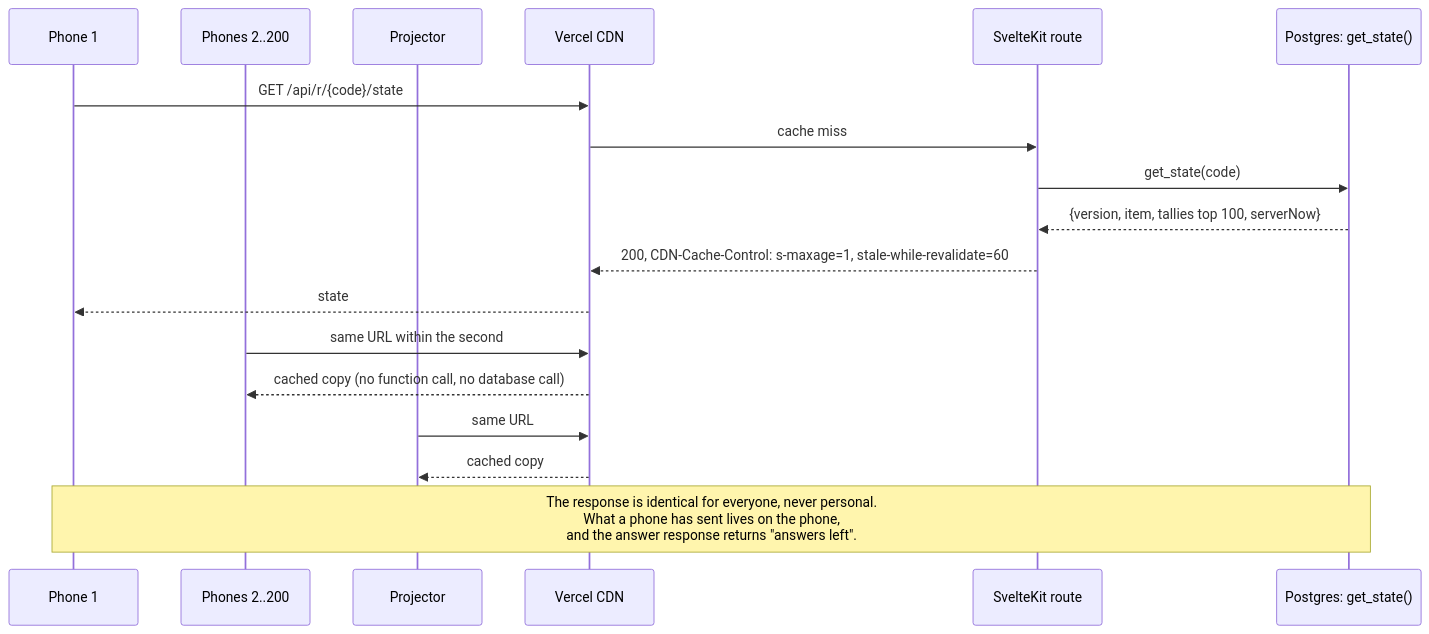
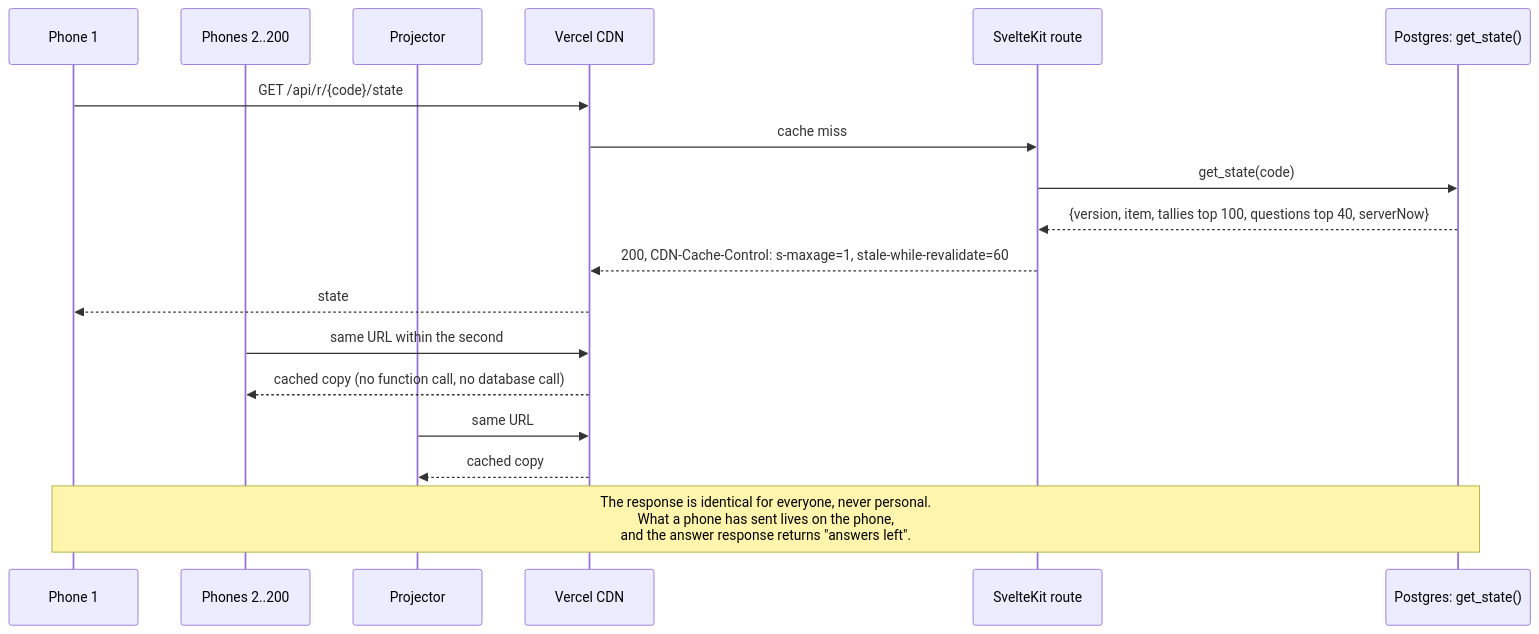
The eighth of 10 diagrams in docs/ARCHITECTURE.md (shahil1dn/volley), drawn with Mermaid before and after one commit. The commit also changed other lines of this file, not shown here.

Commit message:
docs: architecture catches up with Q&A, the purge and the test project

````diff
--- a/docs/ARCHITECTURE.md
+++ b/docs/ARCHITECTURE.md
@@ -244,21 +261,21 @@
 ```mermaid
 sequenceDiagram
   participant P1 as Phone 1
   participant P2 as Phones 2..200
   participant PR as Projector
   participant CDN as Vercel CDN
   participant Fn as SvelteKit route
   participant Db as Postgres: get_state()
 
   P1->>CDN: GET /api/r/{code}/state
   CDN->>Fn: cache miss
   Fn->>Db: get_state(code)
-  Db-->>Fn: {version, item, tallies top 100, serverNow}
+  Db-->>Fn: {version, item, tallies top 100, questions top 40, serverNow}
   Fn-->>CDN: 200, CDN-Cache-Control: s-maxage=1, stale-while-revalidate=60
   CDN-->>P1: state
   P2->>CDN: same URL within the second
   CDN-->>P2: cached copy (no function call, no database call)
   PR->>CDN: same URL
   CDN-->>PR: cached copy
   Note over P1,Db: The response is identical for everyone, never personal.<br/>What a phone has sent lives on the phone,<br/>and the answer response returns "answers left".
 ```
````
